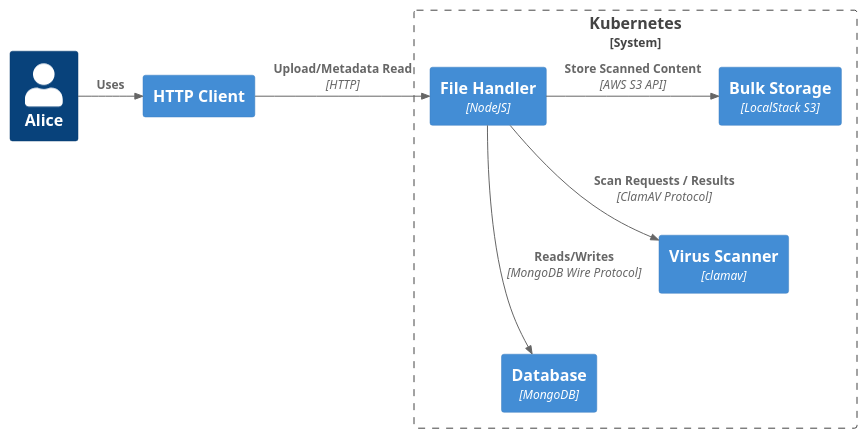
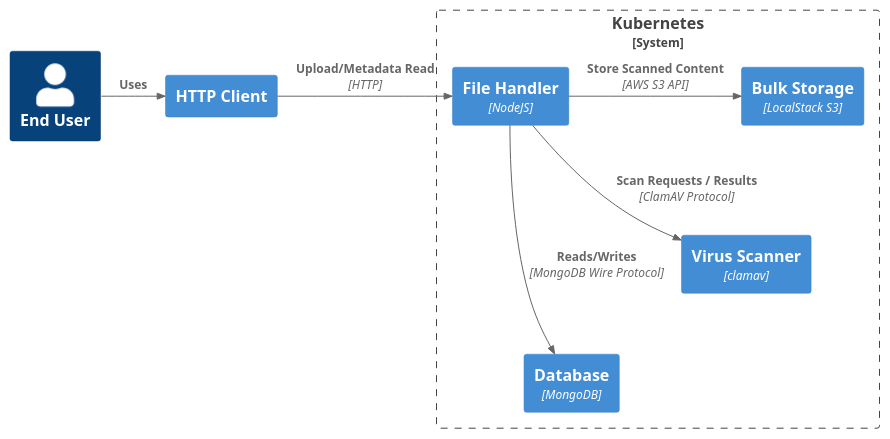
One commit to XinyuKang22/kata-separation-of-concerns changed the diagram in uml/overview.puml. Above: the diagram before and after it, drawn with PlantUML.

Commit message:
Touched puml to drive generation

```diff
--- a/uml/overview.puml
+++ b/uml/overview.puml
@@ -1,33 +1,33 @@
 @startuml C4_Elements
 !include https://raw.githubusercontent.com/plantuml-stdlib/C4-PlantUML/master/C4_Container.puml
 
 HIDE_STEREOTYPE()
 
-Person(alice, "Alice")
+Person(alice, "End User")
 
 Container(client, "HTTP Client", "", "")
 
 System_Boundary(c1, "Kubernetes"){
     Container(api, "File Handler", "NodeJS", "")
 
     Container(db, "Database", "MongoDB")
 
     Container(s3, "Bulk Storage", "LocalStack S3")
 
     Container(clamav, "Virus Scanner", "clamav")
 }
 
 Rel_R(alice, client, "Uses", "")
 
 Rel_R(client, api, "Upload/Metadata Read", "HTTP")
 
 Rel_R(api, db, "Reads/Writes", "MongoDB Wire Protocol")
 
 Rel_R(api, clamav, "Scan Requests / Results", "ClamAV Protocol")
 
 Rel_R(api, s3, "Store Scanned Content", "AWS S3 API")
 
 Lay_D(s3, clamav)
 
 Lay_D(clamav, db)
 @enduml
```
